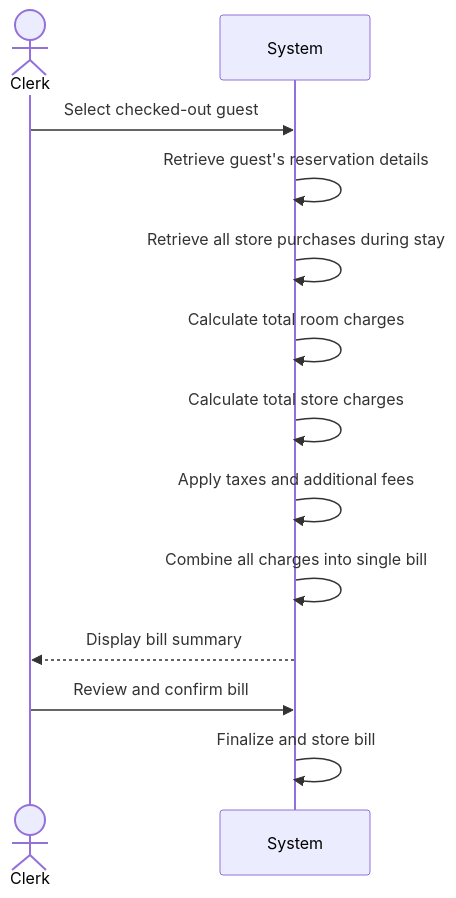
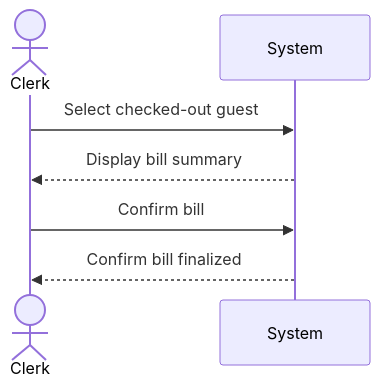
Before and after one commit to JaceYar/Software1-Proj: the diagram in Documentation/User-Cases/GenerateCombinedBill.md, drawn with Mermaid. The commit also changed 17 other files, not shown here.

````diff
--- a/Documentation/User-Cases/GenerateCombinedBill.md
+++ b/Documentation/User-Cases/GenerateCombinedBill.md
@@ -11,16 +11,10 @@
 ```mermaid
 sequenceDiagram
     actor Clerk
     participant System
 
     Clerk->>System: Select checked-out guest
-    System->>System: Retrieve guest's reservation details
-    System->>System: Retrieve all store purchases during stay
-    System->>System: Calculate total room charges
-    System->>System: Calculate total store charges
-    System->>System: Apply taxes and additional fees
-    System->>System: Combine all charges into single bill
     System-->>Clerk: Display bill summary
-    Clerk->>System: Review and confirm bill
-    System->>System: Finalize and store bill
+    Clerk->>System: Confirm bill
+    System-->>Clerk: Confirm bill finalized
 ```
````
